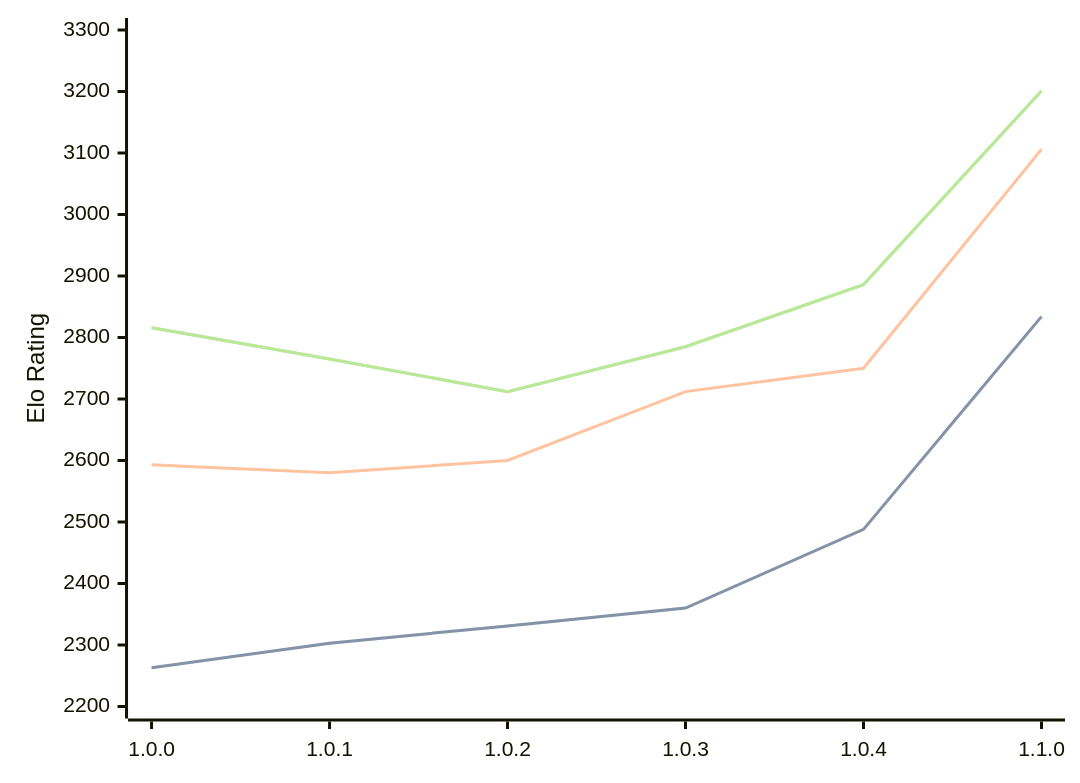
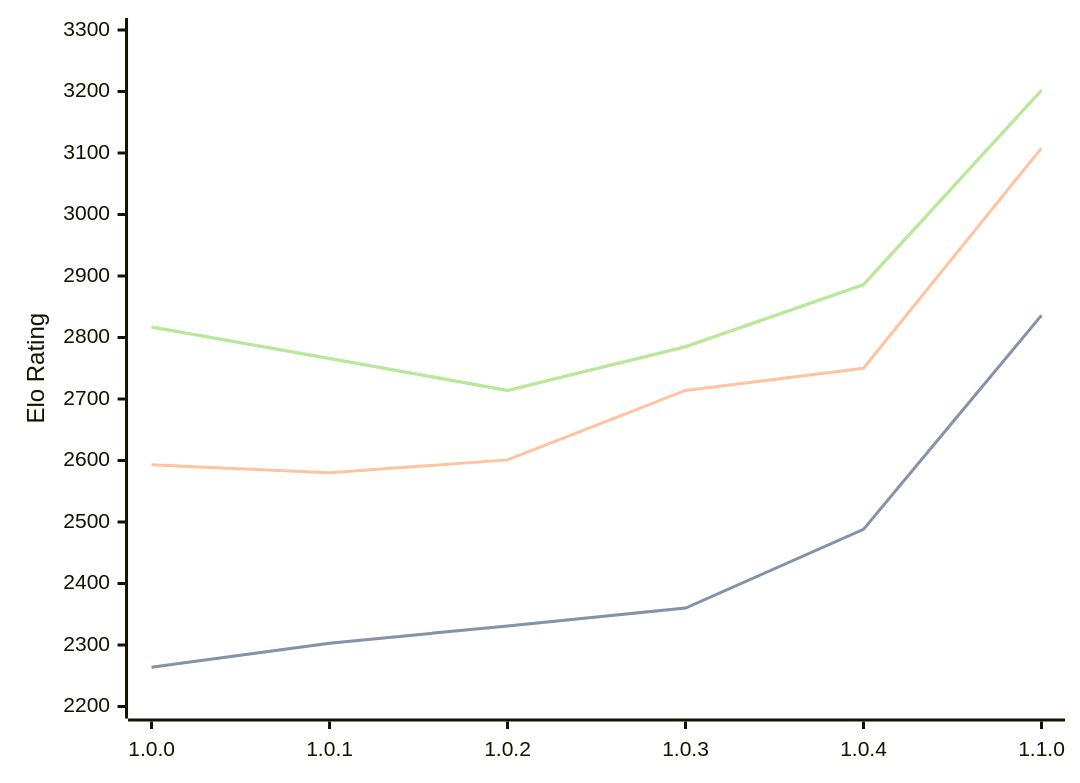
Before and after one commit to computer-chess-index/cci: the diagram in engines/Grail.md, drawn with Mermaid. The commit also changed other lines of this file, not shown here.

Commit message:
Update CCI Ratings (ELO VLTC) - 2026-04-13

````diff
--- a/engines/Grail.md
+++ b/engines/Grail.md
@@ -36,11 +36,11 @@
 ```mermaid
 %%{init: {"theme":"base","themeVariables":{"seriesColors:['#a3a3a3','#222221','#faa371']}}}%%
 xychart-beta
   x-axis ["1.0.0", "1.0.1", "1.0.2", "1.0.3", "1.0.4", "1.1.0"]
   y-axis "Elo Rating" 2200 --> 3300
-  line "STC (8.0+0.08s)" [2263, 2303, 2331, 2360, 2488, 2834]
-  line "STC (8.0+0.08s)" [2263, 2303, 2331, 2360, 2488, 2834]
-  line "LTC (60.0+0.60s)" [2593, 2580, 2600, 2712, 2750, 3106]
-  line "VLTC (2m24s+1.12s)" [2816, 2765, 2712, 2785, 2886, 3201]
-  line "VLTC (2m24s+1.12s)" [2816, 2765, 2712, 2785, 2886, 3201]
+  line "STC (8.0+0.08s)" [2264, 2303, 2331, 2360, 2488, 2836]
+  line "STC (8.0+0.08s)" [2264, 2303, 2331, 2360, 2488, 2836]
+  line "LTC (60.0+0.60s)" [2593, 2580, 2601, 2714, 2750, 3108]
+  line "VLTC (2m24s+1.12s)" [2817, 2766, 2714, 2785, 2886, 3202]
+  line "VLTC (2m24s+1.12s)" [2817, 2766, 2714, 2785, 2886, 3202]
 ```
````
